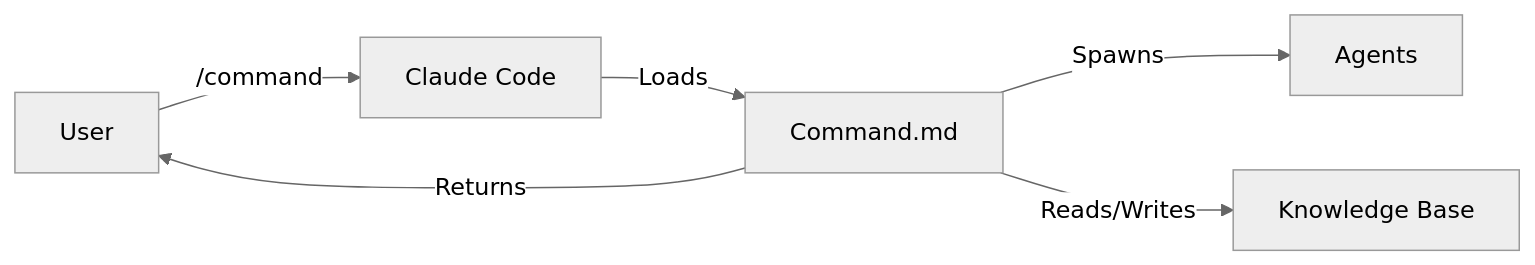
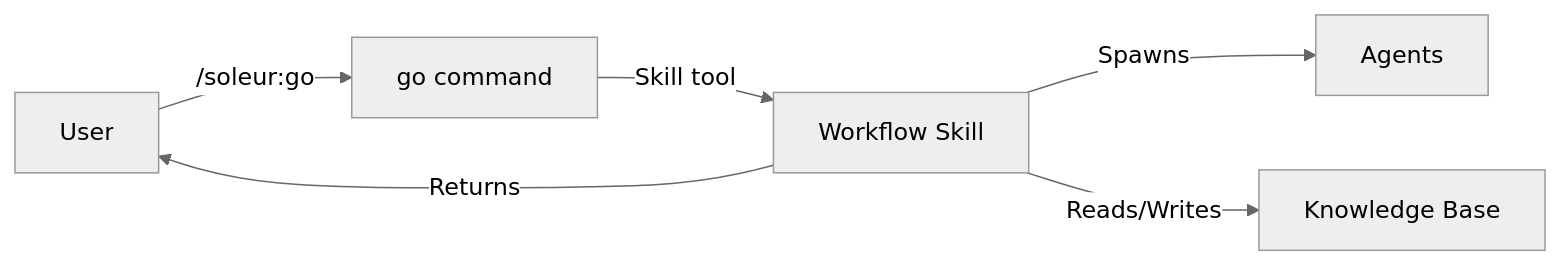
The first of 2 diagrams in knowledge-base/overview/components/commands.md (jikig-ai/soleur), drawn with Mermaid (neutral theme) before and after one commit. The commit also changed other lines of this file and 39 other files, not shown here.

````diff
--- a/knowledge-base/overview/components/commands.md
+++ b/knowledge-base/overview/components/commands.md
@@ -47,8 +45,8 @@
 ```mermaid
 graph LR
-    U[User] -->|"/command"| CC[Claude Code]
-    CC -->|Loads| CMD[Command.md]
-    CMD -->|Spawns| AG[Agents]
-    CMD -->|Reads/Writes| KB[Knowledge Base]
-    CMD -->|Returns| U
+    U[User] -->|"/soleur:go"| GO[go command]
+    GO -->|Skill tool| SK[Workflow Skill]
+    SK -->|Spawns| AG[Agents]
+    SK -->|Reads/Writes| KB[Knowledge Base]
+    SK -->|Returns| U
 ```
````
